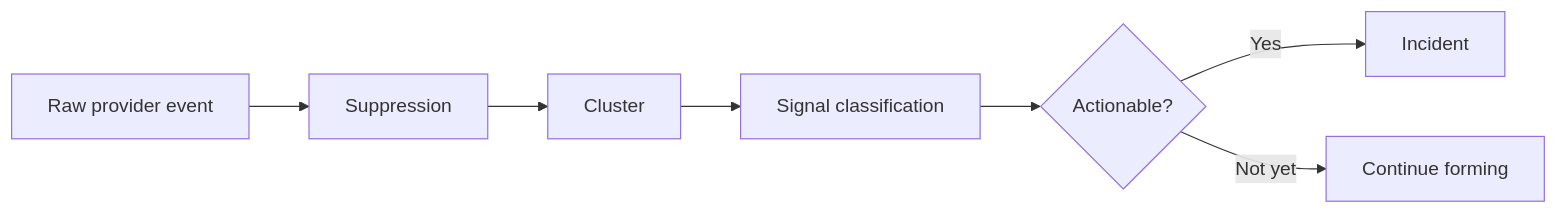
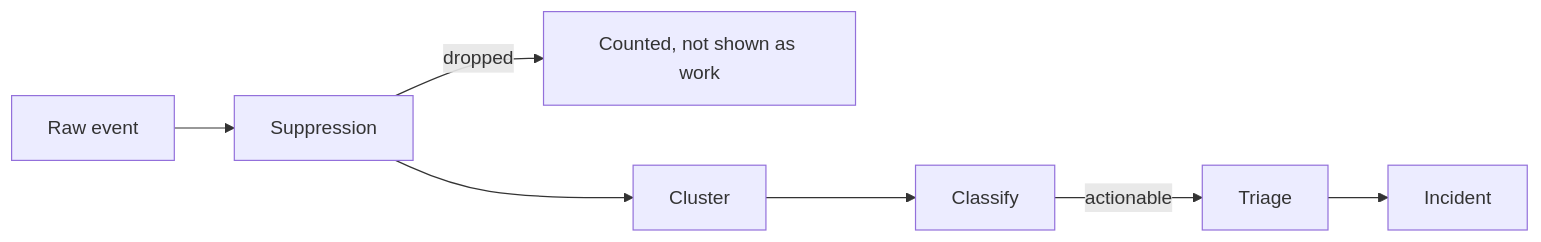
The diagram in guide/pulse/overview.mdx (nhat-tranvan/docs), drawn with Mermaid before and after one commit. The commit also changed other lines of this file and 236 other files, not shown here.

````diff
--- a/guide/pulse/overview.mdx
+++ b/guide/pulse/overview.mdx
@@ -9,9 +13,9 @@
 ```mermaid
 flowchart LR
-    A["Raw provider event"] --> B["Suppression"]
+    A["Raw event"] --> B["Suppression"]
+    B -->|dropped| X["Counted, not shown as work"]
     B --> C["Cluster"]
-    C --> D["Signal classification"]
-    D --> E{"Actionable?"}
-    E -->|Yes| F["Incident"]
-    E -->|Not yet| G["Continue forming"]
+    C --> D["Classify"]
+    D -->|actionable| E["Triage"]
+    E --> F["Incident"]
 ```
````
